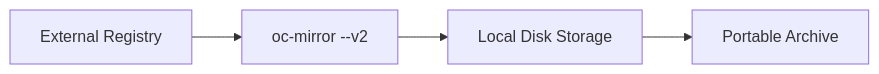
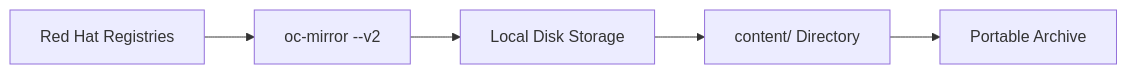
The diagram in docs/flows/mirror-to-disk.md (RedHatGov/oc-mirror-hackathon), drawn with Mermaid before and after one commit. The commit also changed other lines of this file and 3 other files, not shown here.

First line of the commit message:
docs: Complete all oc-mirror --v2 flow patterns with tested procedures

````diff
--- a/docs/flows/mirror-to-disk.md
+++ b/docs/flows/mirror-to-disk.md
@@ -18,6 +19,7 @@
 ```mermaid
 flowchart LR
-    A[External Registry] --> B[oc-mirror --v2]
+    A[Red Hat Registries] --> B[oc-mirror --v2]
     B --> C[Local Disk Storage]
-    C --> D[Portable Archive]
+    C --> D[content/ Directory]
+    D --> E[Portable Archive]
 ```
````
